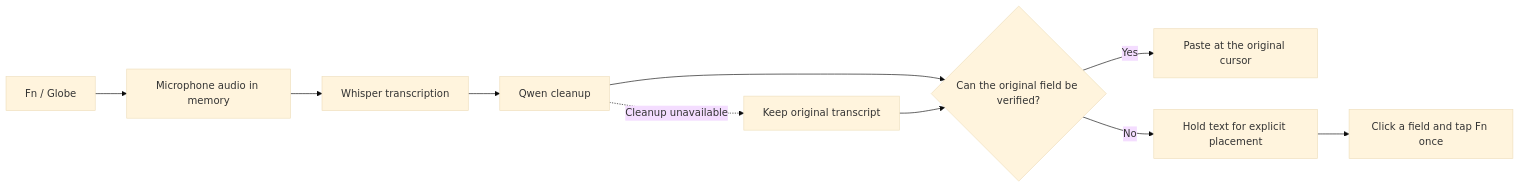
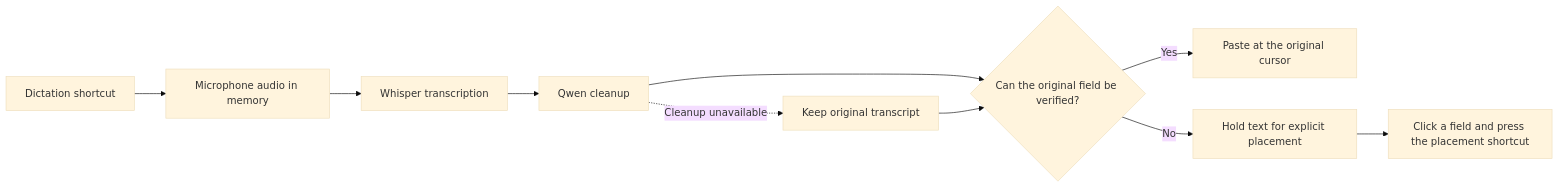
Before and after one commit to ysham123/imnotpayingforwisprflow: the diagram in README.md, drawn with Mermaid (base theme). The commit also changed other lines of this file and 19 other files, not shown here.

````diff
--- a/README.md
+++ b/README.md
@@ -126,12 +136,12 @@
 ```mermaid
 flowchart LR
-    A[Fn / Globe] --> B[Microphone audio in memory]
+    A[Dictation shortcut] --> B[Microphone audio in memory]
     B --> C[Whisper transcription]
     C --> D[Qwen cleanup]
     D --> E{Can the original field be verified?}
     E -->|Yes| F[Paste at the original cursor]
     E -->|No| G[Hold text for explicit placement]
-    G --> H1[Click a field and tap Fn once]
+    G --> H1[Click a field and press the placement shortcut]
     D -. Cleanup unavailable .-> H[Keep original transcript]
     H --> E
 ```
````
